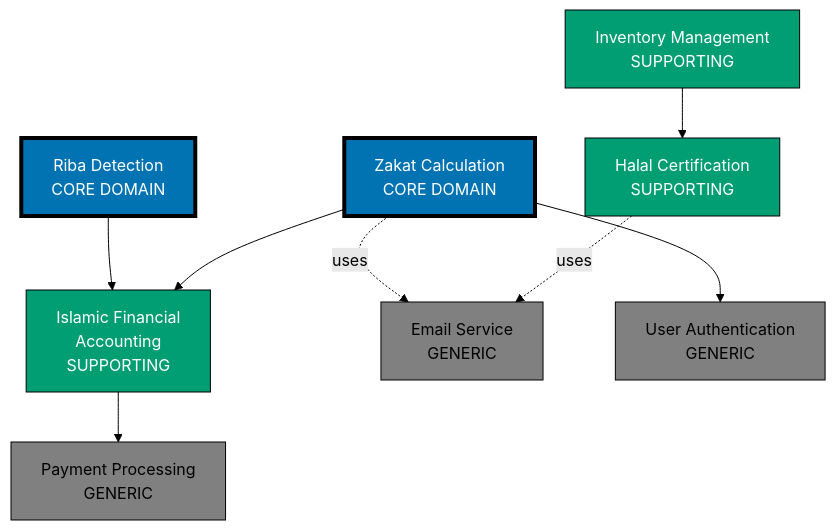
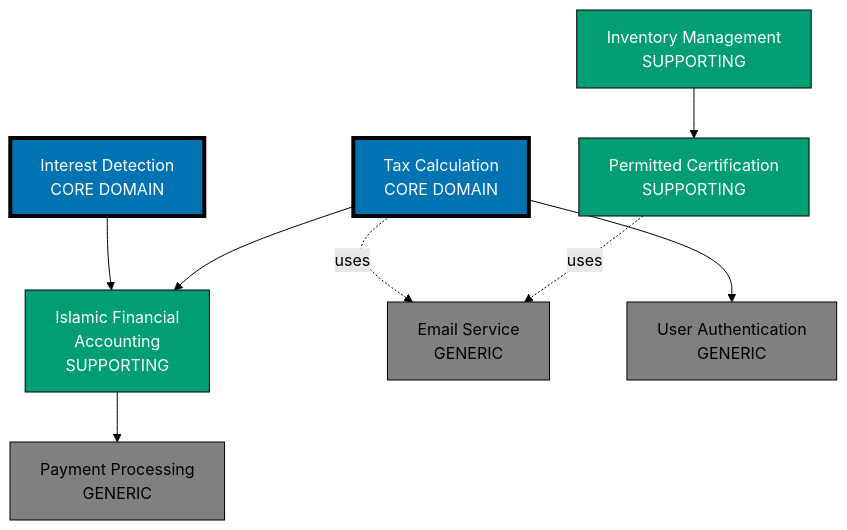
The diagram in docs/explanation/software/architecture/domain-driven-design-ddd/ex-so-ar-dodrdedd__05-subdomains.md (wahidyankf/open-sharia-enterprise), drawn with Mermaid (forest theme) before and after one commit. The commit also changed other lines of this file and 94 other files, not shown here.

````diff
--- a/docs/explanation/software/architecture/domain-driven-design-ddd/ex-so-ar-dodrdedd__05-subdomains.md
+++ b/docs/explanation/software/architecture/domain-driven-design-ddd/ex-so-ar-dodrdedd__05-subdomains.md
@@ -476,35 +476,35 @@
 ```mermaid
 graph TD
     %% Core Domain
-    ZC[Zakat Calculation<br/>CORE DOMAIN]
-    RD[Riba Detection<br/>CORE DOMAIN]
+    ZC[Tax Calculation<br/>CORE DOMAIN]
+    RD[Interest Detection<br/>CORE DOMAIN]
 
     %% Supporting
     IFA[Islamic Financial<br/>Accounting<br/>SUPPORTING]
-    HC[Halal Certification<br/>SUPPORTING]
+    HC[Permitted Certification<br/>SUPPORTING]
     IM[Inventory Management<br/>SUPPORTING]
 
     %% Generic
     PAY[Payment Processing<br/>GENERIC]
     EMAIL[Email Service<br/>GENERIC]
     AUTH[User Authentication<br/>GENERIC]
 
     %% Relationships
     ZC --> IFA
     RD --> IFA
     IM --> HC
     HC -.->|"uses"| EMAIL
     ZC -.->|"uses"| EMAIL
     IFA --> PAY
     ZC --> AUTH
 
     %% Styling
     style ZC fill:#0173B2,stroke:#000,color:#FFFFFF,stroke-width:4px
     style RD fill:#0173B2,stroke:#000,color:#FFFFFF,stroke-width:4px
     style IFA fill:#029E73,stroke:#000,color:#FFFFFF
     style HC fill:#029E73,stroke:#000,color:#FFFFFF
     style IM fill:#029E73,stroke:#000,color:#FFFFFF
     style PAY fill:#808080,stroke:#000,color:#000000
     style EMAIL fill:#808080,stroke:#000,color:#000000
     style AUTH fill:#808080,stroke:#000,color:#000000
 ```
````
